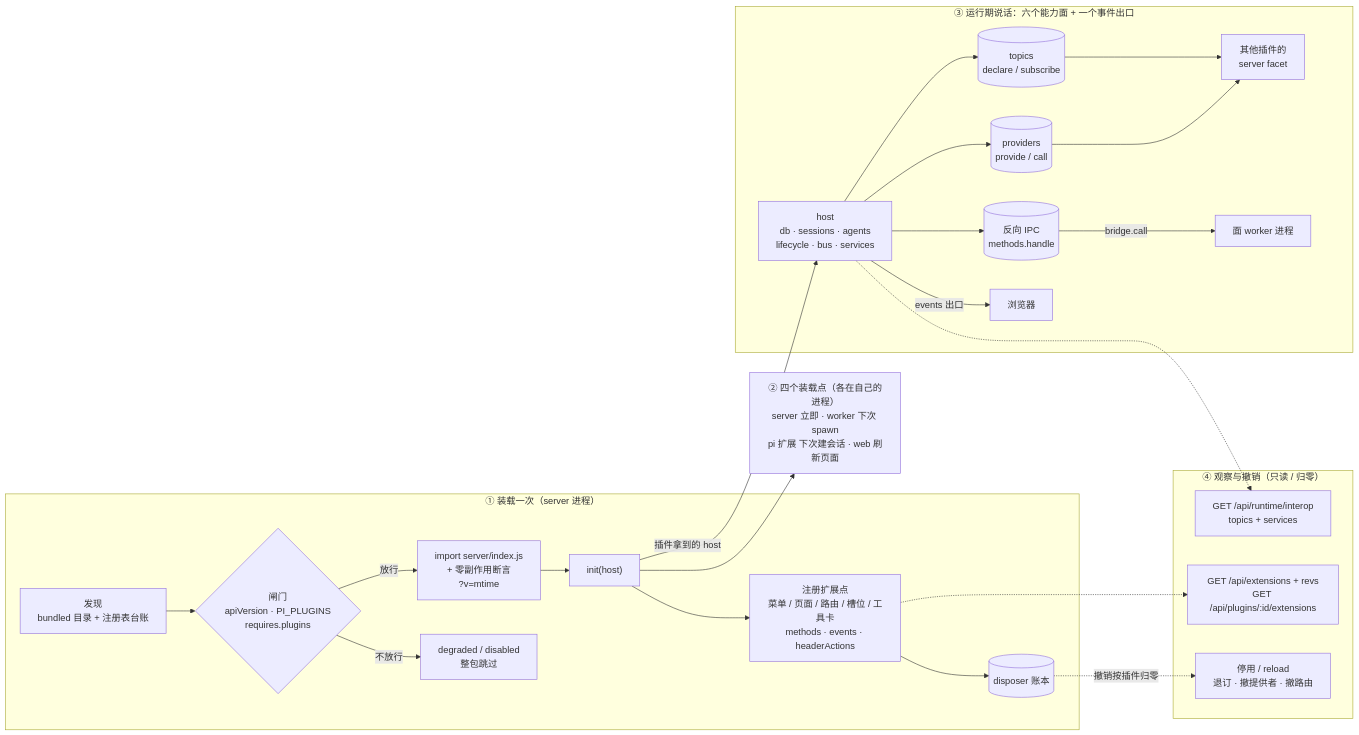
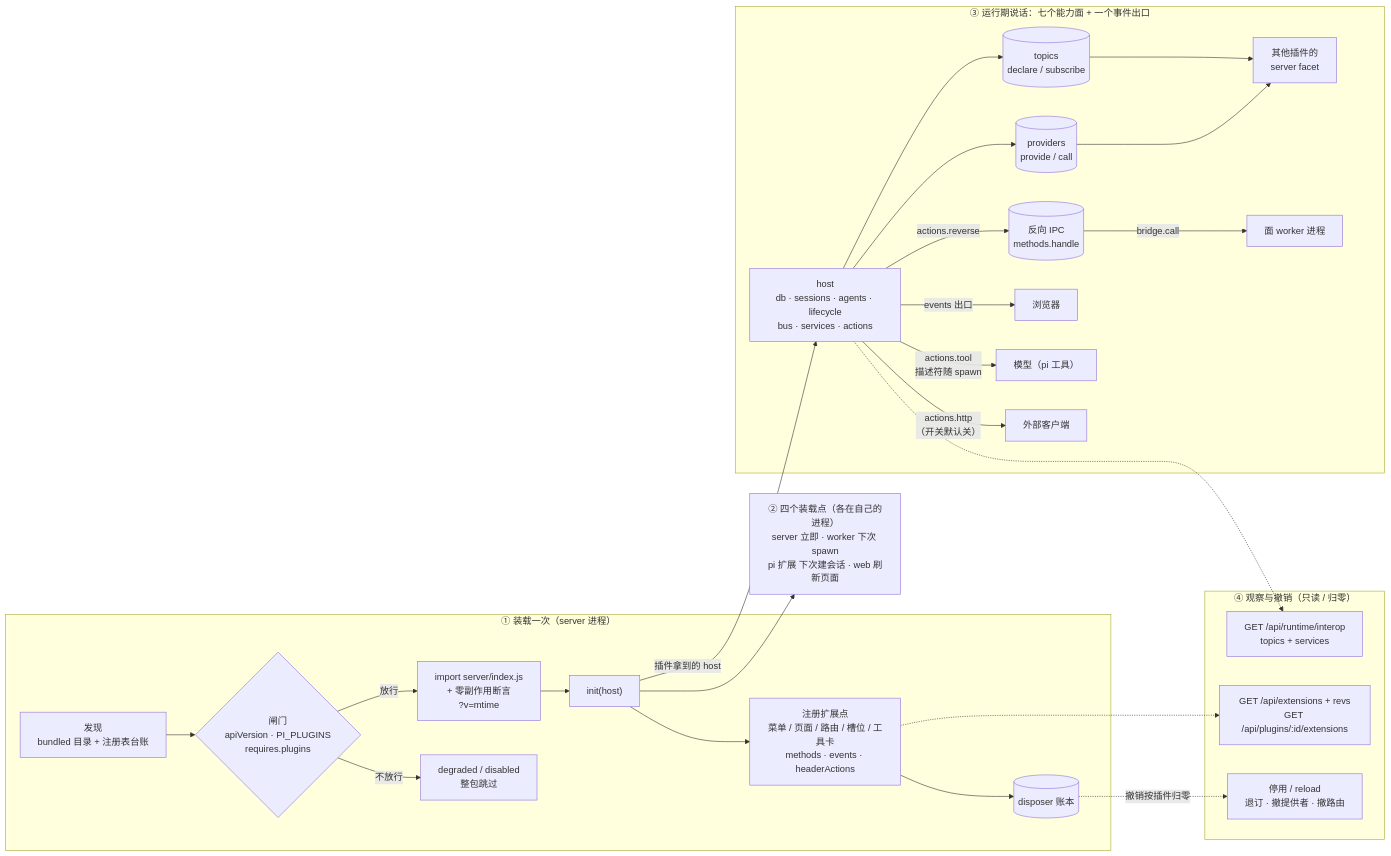
One commit to shinexsf/pi-agent-platform changed the diagram in doc/architecture/pi-agent-server_plugins-runtime.md. Above: the diagram before and after it, drawn with Mermaid. The commit also changed other lines of this file and 20 other files, not shown here.

````diff
--- a/doc/architecture/pi-agent-server_plugins-runtime.md
+++ b/doc/architecture/pi-agent-server_plugins-runtime.md
@@ -21,43 +21,47 @@
 ```mermaid
 flowchart LR
   subgraph L1["① 装载一次（server 进程）"]
     A1["发现<br/>bundled 目录 + 注册表台账"]
     A2{"闸门<br/>apiVersion · PI_PLUGINS<br/>requires.plugins"}
     A3["import server/index.js<br/>+ 零副作用断言<br/>?v=mtime"]
     A4["init(host)"]
     A5["注册扩展点<br/>菜单 / 页面 / 路由 / 槽位 / 工具卡<br/>methods · events · headerActions"]
     A6[("disposer 账本")]
     A7["degraded / disabled<br/>整包跳过"]
     A1 --> A2
     A2 -->|"放行"| A3 --> A4 --> A5 --> A6
     A2 -->|"不放行"| A7
   end
 
   B0["② 四个装载点（各在自己的进程）<br/>server 立即 · worker 下次 spawn<br/>pi 扩展 下次建会话 · web 刷新页面"]
 
-  subgraph L3["③ 运行期说话：六个能力面 + 一个事件出口"]
-    C0["host<br/>db · sessions · agents<br/>lifecycle · bus · services"]
+  subgraph L3["③ 运行期说话：七个能力面 + 一个事件出口"]
+    C0["host<br/>db · sessions · agents · lifecycle<br/>bus · services · actions"]
     C1[("topics<br/>declare / subscribe")]
     C2[("providers<br/>provide / call")]
     C3[("反向 IPC<br/>methods.handle")]
     C4["其他插件的<br/>server facet"]
     C5["面 worker 进程"]
     C6["浏览器"]
+    C7["模型（pi 工具）"]
+    C8["外部客户端"]
     C0 --> C1 --> C4
     C0 --> C2 --> C4
-    C0 --> C3 -->|"bridge.call"| C5
+    C0 -->|"actions.reverse"| C3 -->|"bridge.call"| C5
+    C0 -->|"actions.tool<br/>描述符随 spawn"| C7
+    C0 -->|"actions.http<br/>（开关默认关）"| C8
     C0 -->|"events 出口"| C6
   end
 
   subgraph L4["④ 观察与撤销（只读 / 归零）"]
     D1["GET /api/runtime/interop<br/>topics + services"]
     D2["GET /api/extensions + revs<br/>GET /api/plugins/:id/extensions"]
     D3["停用 / reload<br/>退订 · 撤提供者 · 撤路由"]
   end
 
   A4 -->|"插件拿到的 host"| C0
   A4 --> B0
   A6 -.->|"撤销按插件归零"| D3
   C0 -.-> D1
   A5 -.-> D2
 ```
````
